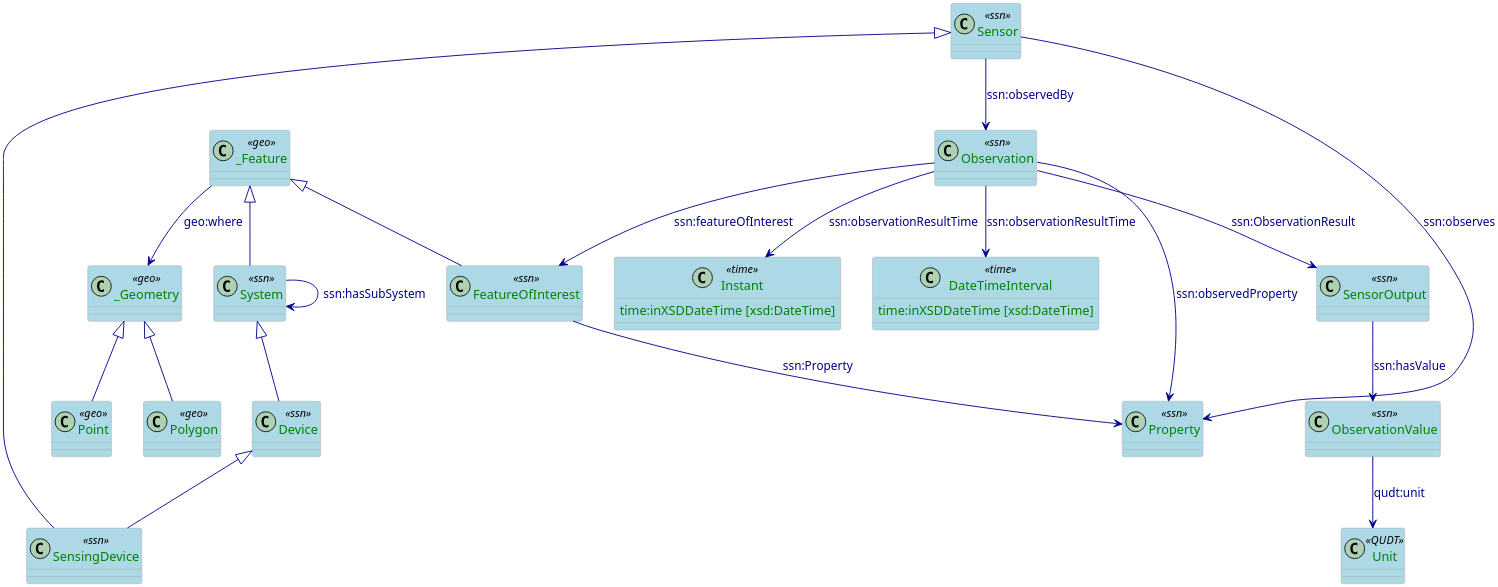
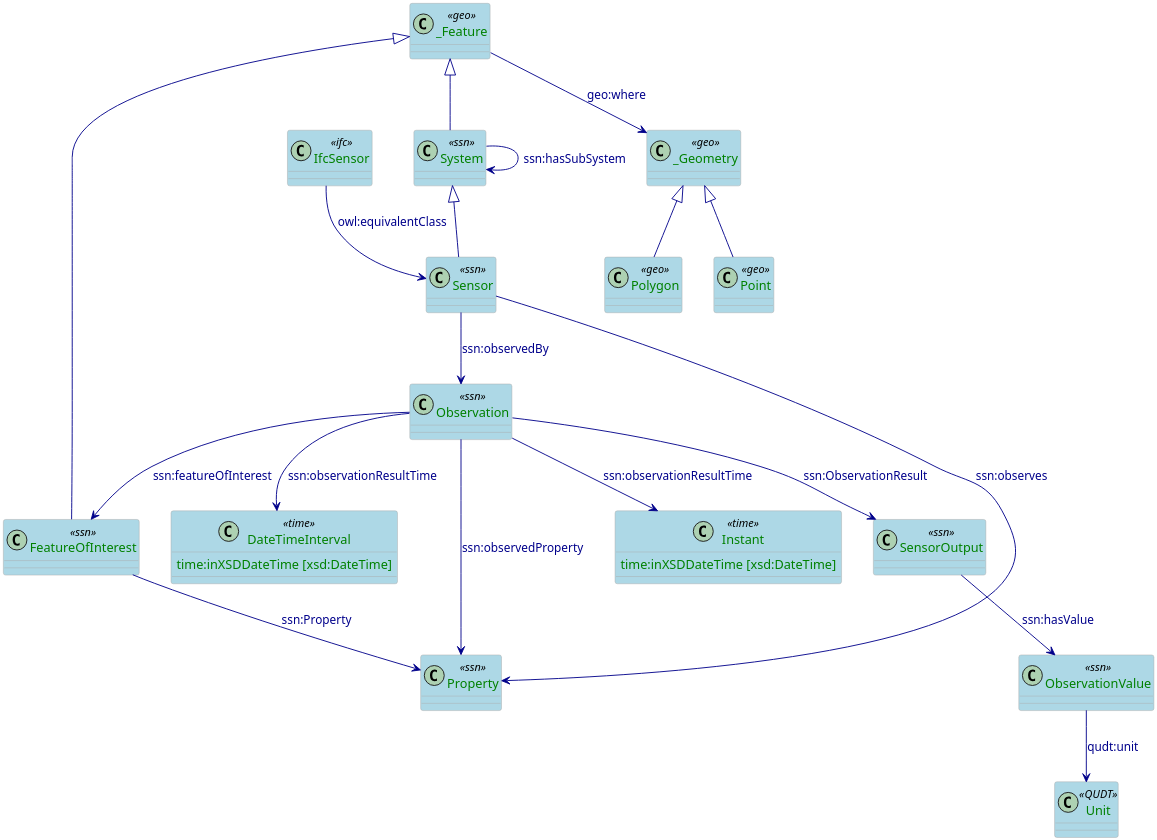
The diagram in docs/_book/plantuml/SensorRepresentation.puml (HIT2GAP-EU-PROJECT/BEMOnt), drawn with PlantUML before and after one commit. The commit also changed 19 other files, not shown here.

```diff
--- a/docs/_book/plantuml/SensorRepresentation.puml
+++ b/docs/_book/plantuml/SensorRepresentation.puml
@@ -1,78 +1,75 @@
 @startuml
 
 skinparam class {
   ArrowColor DarkBlue
   ArrowFontColor DarkBlue
   BackgroundColor LightBlue
   BorderColor DarkGrey
 }
 skinparam dpi 300
 skinparam stereotypeCBackgroundColor Wheat
 skinparam classAttributeFontColor  Green
 
 
 /'
  Definition of the classes referring the SSN-core part
 '/
 class System <<ssn>>
-class Device <<ssn>>
 class Sensor <<ssn>>
-class SensingDevice <<ssn>>
 class Observation <<ssn>>
 class FeatureOfInterest <<ssn>>
 class Property <<ssn>>
 class SensorOutput <<ssn>>
 class ObservationValue <<ssn>>
 class Instant <<time>>{
     time:inXSDDateTime [xsd:DateTime]
 }
 class DateTimeInterval <<time>>{
     time:inXSDDateTime [xsd:DateTime]
 }
 class Unit <<QUDT>>
 
-
+class IfcSensor <<ifc>>
 
 /'
   Definition of the Geo-core part
 '/
 class _Feature <<geo>>
 class _Geometry <<geo>>
 class Point <<geo>>
 class Polygon <<geo>>
 
 
 /'
  Definition of the SSN model to model the sensor observation of the building
  facilities
 '/
 
 System --> System: ssn:hasSubSystem
-System <|-- Device
-Device <|-- SensingDevice
-Sensor <|-- SensingDevice
+System <|-- Sensor
+IfcSensor --> Sensor: owl:equivalentClass
 Sensor --> Observation: ssn:observedBy
 Sensor --> Property: ssn:observes
 Observation --> FeatureOfInterest: ssn:featureOfInterest
 Observation --> Property: ssn:observedProperty
 FeatureOfInterest --> Property: ssn:Property
 Observation --> SensorOutput: ssn:ObservationResult
 SensorOutput --> ObservationValue: ssn:hasValue
 ObservationValue --> Unit: qudt:unit
 Observation --> Instant: ssn:observationResultTime
 Observation --> DateTimeInterval: ssn:observationResultTime
 
 /'
   Definition of the geospatial part using GeoOWL ontology
 '/
 
 _Feature --> _Geometry: geo:where
 _Geometry <|-- Point
 _Geometry <|-- Polygon
 
 _Feature <|-- FeatureOfInterest
 _Feature <|-- System
 
 
 
 @enduml
```
